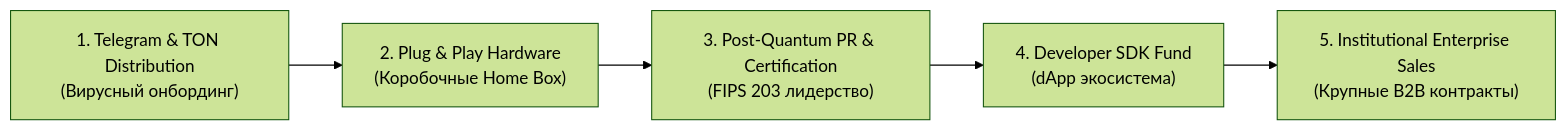
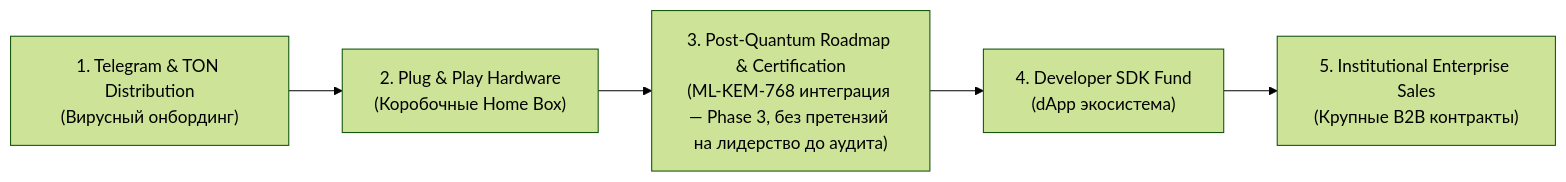
Before and after one commit to PerfectFriend/NeXXUs-Node: the third of 3 diagrams in docs/INVESTOR_PRESENTATION_AND_TOKENOMICS.md, drawn with Mermaid (forest theme). The commit also changed other lines of this file and 3 other files, not shown here.

Commit message:
feat(H-12): minisign-подпись релизов (SHA256SUMS + .minisig, pub key в keys/, secret MINISIGN_SECRET_KEY), verify-release.sh; docs(C-10): убраны claim'ы 'FIPS 203 лидерство' из investor-презентации

````diff
--- a/docs/INVESTOR_PRESENTATION_AND_TOKENOMICS.md
+++ b/docs/INVESTOR_PRESENTATION_AND_TOKENOMICS.md
@@ -158,7 +158,7 @@
 ```mermaid
 flowchart LR
     Step1["1. Telegram & TON Distribution<br>(Вирусный онбординг)"] --> Step2["2. Plug & Play Hardware<br>(Коробочные Home Box)"]
-    Step2 --> Step3["3. Post-Quantum PR & Certification<br>(FIPS 203 лидерство)"]
+    Step2 --> Step3["3. Post-Quantum Roadmap & Certification<br>(ML-KEM-768 интеграция — Phase 3, без претензий на лидерство до аудита)"]
     Step3 --> Step4["4. Developer SDK Fund<br>(dApp экосистема)"]
     Step4 --> Step5["5. Institutional Enterprise Sales<br>(Крупные B2B контракты)"]
 ```
````
